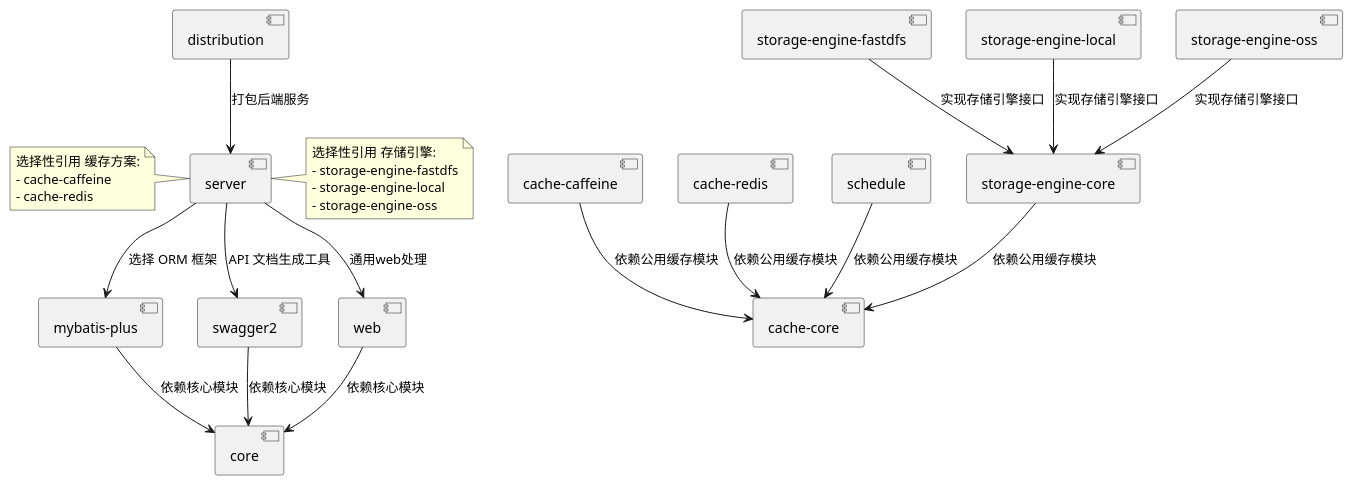
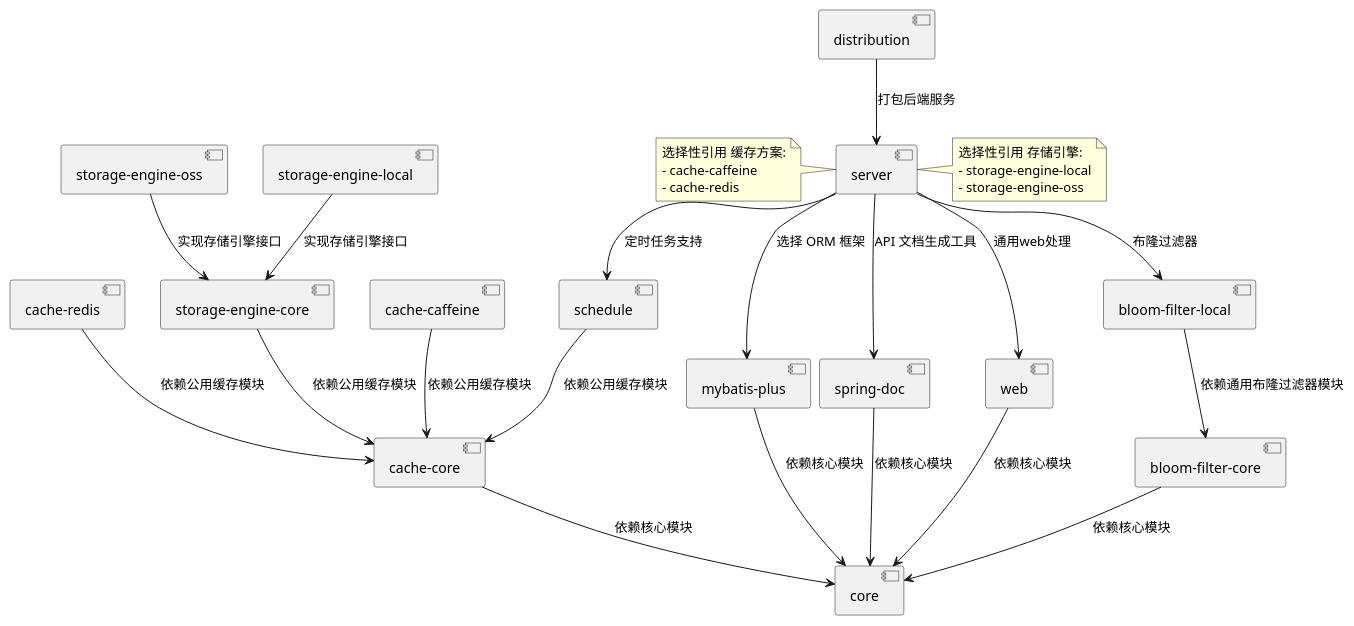
The second of 2 diagrams in README.md (draveller/r-pan), drawn with PlantUML before and after one commit. The commit also changed other lines of this file and 32 other files, not shown here.

````diff
--- a/README.md
+++ b/README.md
@@ -118,39 +126,43 @@
 ```uml
 @startuml
 
 [distribution] --> [server] : "打包后端服务"
 
+[bloom-filter-core] --> [core] : "依赖核心模块"
+[bloom-filter-local] --> [bloom-filter-core] : "依赖通用布隆过滤器模块"
+
+[cache-core] --> [core] : "依赖核心模块"
 [cache-caffeine] --> [cache-core] : "依赖公用缓存模块"
 [cache-redis] --> [cache-core] : "依赖公用缓存模块"
 [schedule] --> [cache-core] : "依赖公用缓存模块"
 
 [mybatis-plus] --> [core] : "依赖核心模块"
-[swagger2] --> [core] : "依赖核心模块"
+[spring-doc] --> [core] : "依赖核心模块"
 [web] --> [core] : "依赖核心模块"
 
-[storage-engine-fastdfs] --> [storage-engine-core] : "实现存储引擎接口"
 [storage-engine-local] --> [storage-engine-core] : "实现存储引擎接口"
 [storage-engine-oss] --> [storage-engine-core]:  "实现存储引擎接口"
 
 [storage-engine-core] --> [cache-core]:  "依赖公用缓存模块"
 
 [server] --> [web]:  "通用web处理"
 [server] --> [mybatis-plus]:  "选择 ORM 框架"
-[server] --> [swagger2]:  "API 文档生成工具"
+[server] --> [spring-doc]:  "API 文档生成工具"
+[server] --> [bloom-filter-local]:  "布隆过滤器"
+[server] --> [schedule]:  "定时任务支持"
 
 note right of server
 选择性引用 存储引擎:
-- storage-engine-fastdfs
 - storage-engine-local
 - storage-engine-oss
 end note
 
 note left of server
 选择性引用 缓存方案:
 - cache-caffeine
 - cache-redis
 end note
 
 
 @enduml
 ```
````
